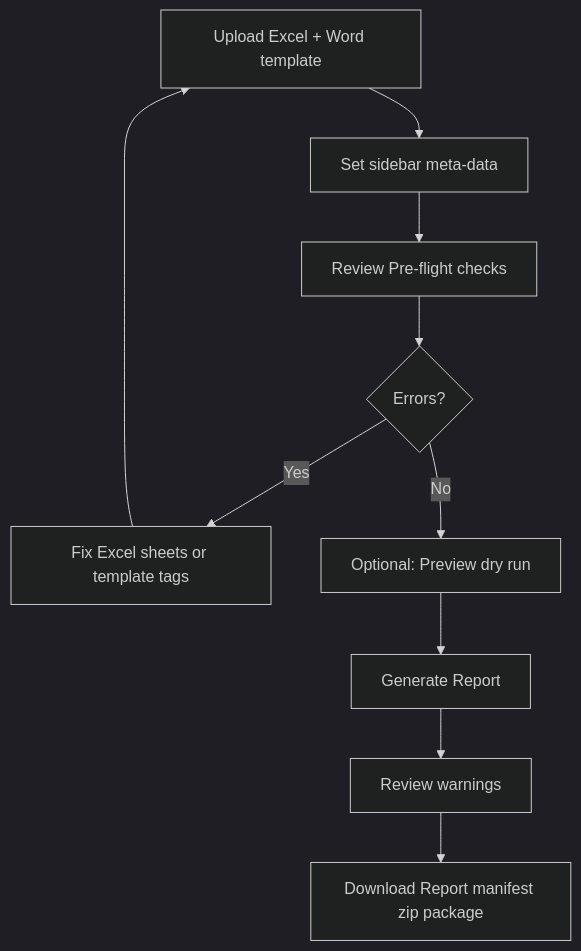
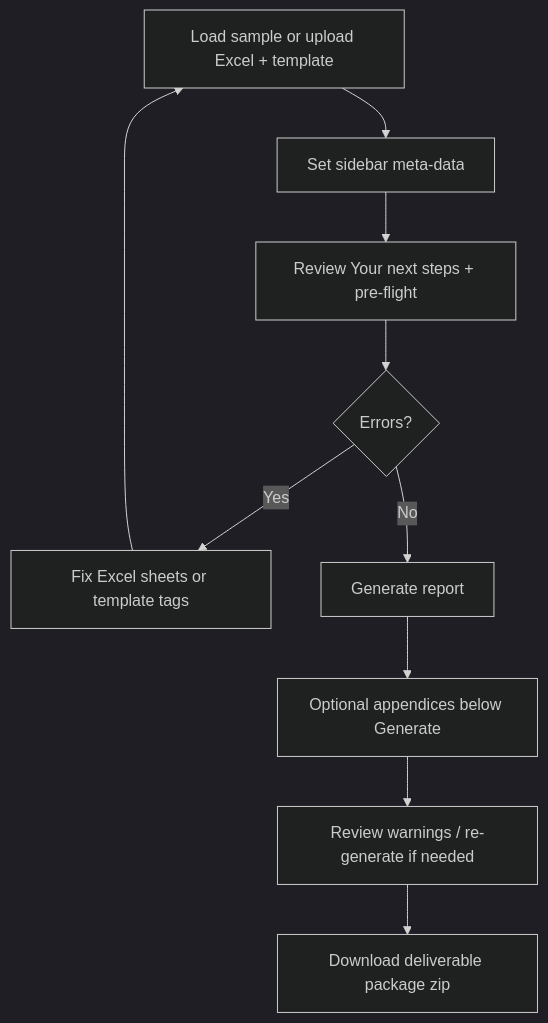
The diagram in docs/02-user-guide.md (mutax2003/Report-Generator), drawn with Mermaid (dark theme) before and after one commit. The commit also changed other lines of this file and 156 other files, not shown here.

````diff
--- a/docs/02-user-guide.md
+++ b/docs/02-user-guide.md
@@ -96,12 +119,12 @@
 ```mermaid
 flowchart TD
-  A[Upload Excel + Word template] --> B[Set sidebar meta-data]
-  B --> C[Review Pre-flight checks]
+  A[Load sample or upload Excel + template] --> B[Set sidebar meta-data]
+  B --> C[Review Your next steps + pre-flight]
   C --> D{Errors?}
   D -->|Yes| E[Fix Excel sheets or template tags]
   E --> A
-  D -->|No| F[Optional: Preview dry run]
-  F --> G[Generate Report]
-  G --> H[Review warnings]
-  H --> I[Download Report manifest zip package]
+  D -->|No| G[Generate report]
+  G --> F[Optional appendices below Generate]
+  F --> H[Review warnings / re-generate if needed]
+  H --> I[Download deliverable package zip]
 ```
````
